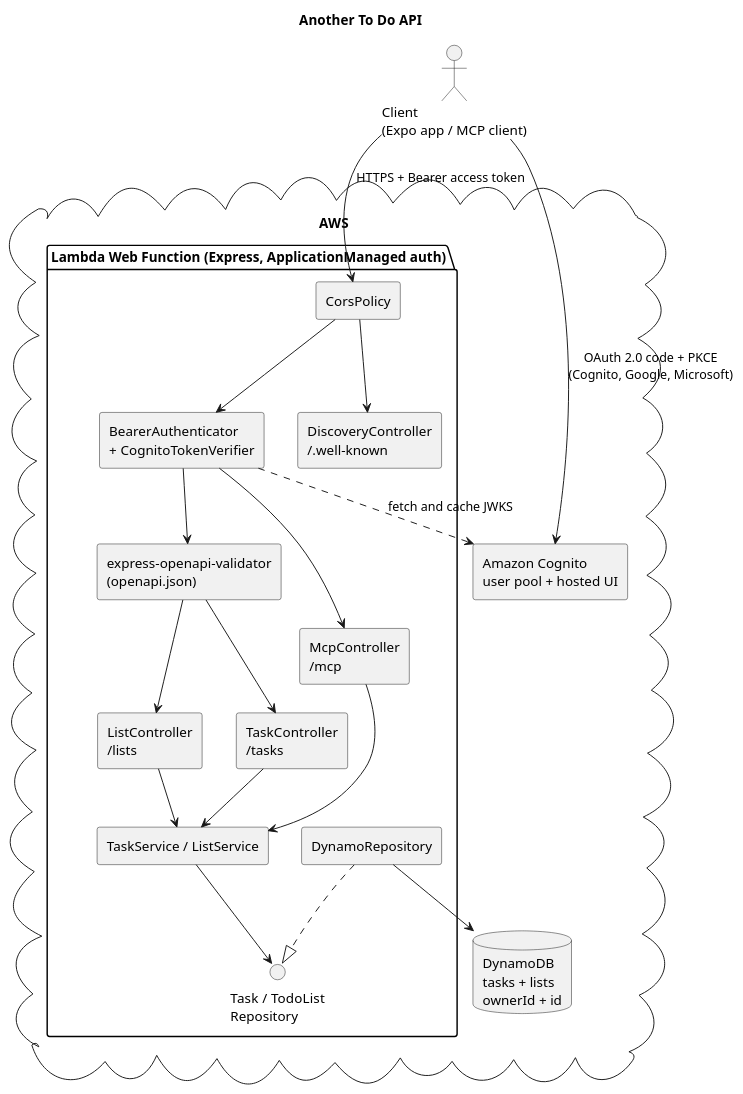
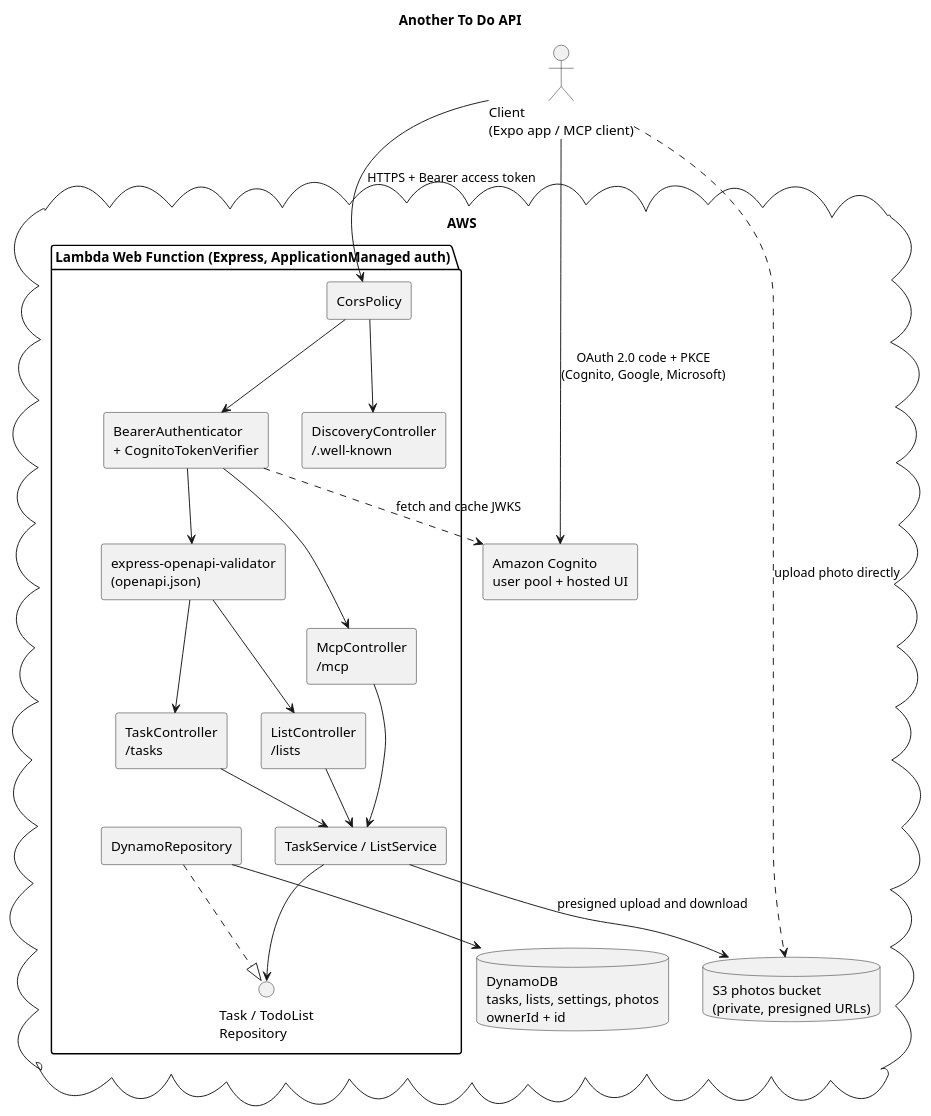
Before and after one commit to oliverphardman/another-todo: the diagram in docs/api.puml, drawn with PlantUML. The commit also changed 52 other files, not shown here.

Commit message:
feat(client): add the list options menu with sort, themes, uploaded photos, duplicate, print and hide completed

```diff
--- a/docs/api.puml
+++ b/docs/api.puml
@@ -1,42 +1,45 @@
 @startuml api
 title Another To Do API
 
 skinparam componentStyle rectangle
 
 actor "Client\n(Expo app / MCP client)" as Client
 
 cloud "AWS" {
   component "Amazon Cognito\nuser pool + hosted UI" as Cognito
 
   package "Lambda Web Function (Express, ApplicationManaged auth)" {
     component "CorsPolicy" as Cors
     component "BearerAuthenticator\n+ CognitoTokenVerifier" as Auth
     component "express-openapi-validator\n(openapi.json)" as Validator
     component "TaskController\n/tasks" as Tasks
     component "ListController\n/lists" as Lists
     component "McpController\n/mcp" as Mcp
     component "DiscoveryController\n/.well-known" as Discovery
     component "TaskService / ListService" as Service
     interface "Task / TodoList\nRepository" as TaskRepository
     component "DynamoRepository" as Repo
   }
 
-  database "DynamoDB\ntasks + lists\nownerId + id" as Table
+  database "DynamoDB\ntasks, lists, settings, photos\nownerId + id" as Table
+  database "S3 photos bucket\n(private, presigned URLs)" as Photos
 }
 
 Client --> Cognito : OAuth 2.0 code + PKCE\n(Cognito, Google, Microsoft)
 Client --> Cors : HTTPS + Bearer access token
 Cors --> Discovery
 Cors --> Auth
 Auth ..> Cognito : fetch and cache JWKS
 Auth --> Validator
 Auth --> Mcp
 Validator --> Tasks
 Validator --> Lists
 Tasks --> Service
 Lists --> Service
 Mcp --> Service
 Service --> TaskRepository
 Repo ..|> TaskRepository
 Repo --> Table
+Service --> Photos : presigned upload and download
+Client ..> Photos : upload photo directly
 @enduml
```
